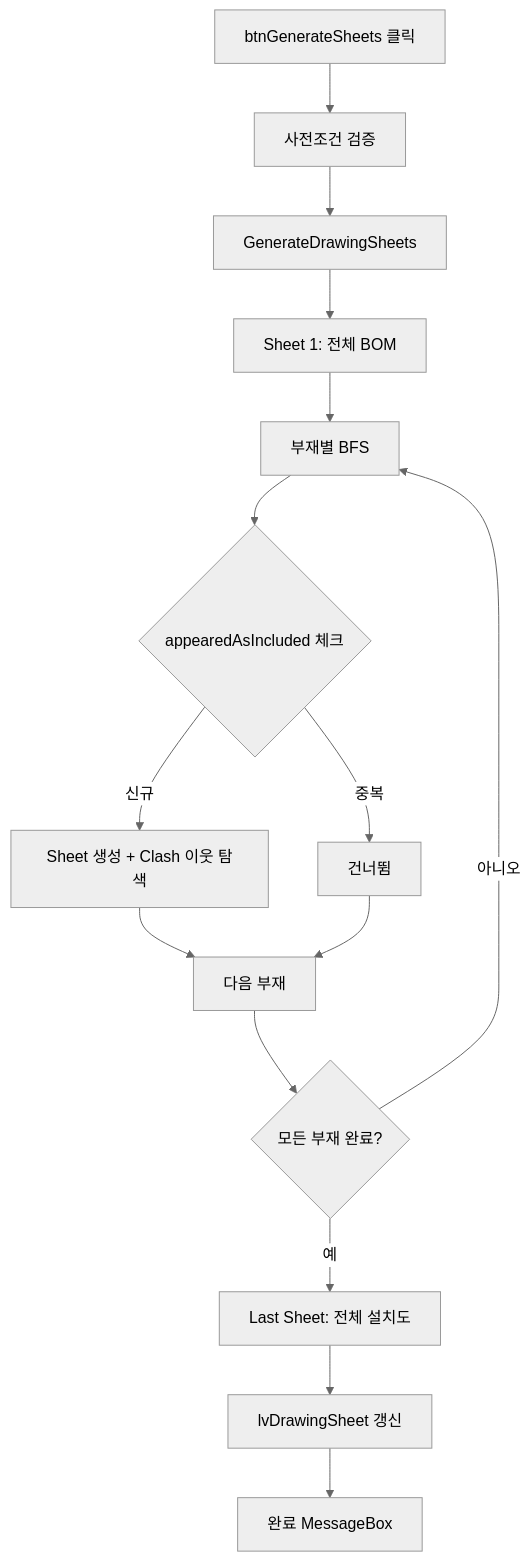
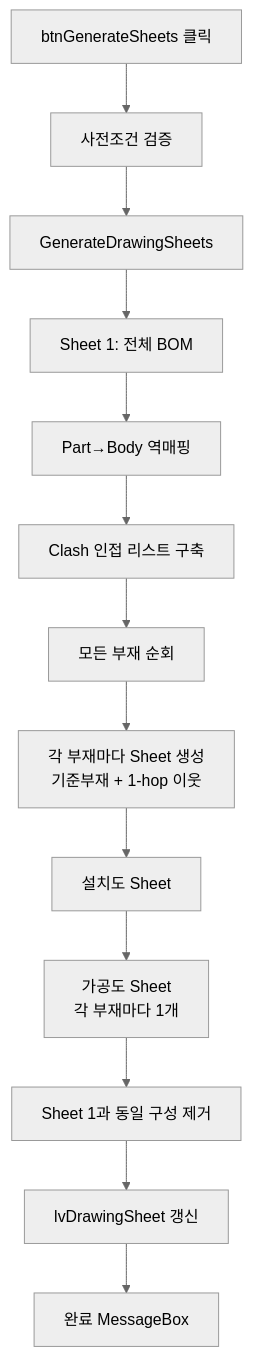
The diagram in docs/features/drawing-sheets/generate-sheets.md (uuuuj/a2z), drawn with Mermaid (neutral theme) before and after one commit. The commit also changed other lines of this file and 3 other files, not shown here.

First line of the commit message:
feat: T-015 Sheet 생성 로직 재설계 — 모든 부재가 기준부재

````diff
--- a/docs/features/drawing-sheets/generate-sheets.md
+++ b/docs/features/drawing-sheets/generate-sheets.md
@@ -30,17 +30,15 @@
 ```mermaid
 flowchart TD
     A[btnGenerateSheets 클릭] --> B[사전조건 검증]
     B --> C[GenerateDrawingSheets]
     C --> D[Sheet 1: 전체 BOM]
-    D --> E[부재별 BFS]
-    E --> F{appearedAsIncluded 체크}
-    F -- 신규 --> G[Sheet 생성 + Clash 이웃 탐색]
-    F -- 중복 --> H[건너뜀]
-    G --> I[다음 부재]
-    H --> I
-    I --> J{모든 부재 완료?}
-    J -- 아니오 --> E
-    J -- 예 --> K[Last Sheet: 전체 설치도]
+    D --> E[Part→Body 역매핑]
+    E --> F[Clash 인접 리스트 구축]
+    F --> G[모든 부재 순회]
+    G --> H[각 부재마다 Sheet 생성<br/>기준부재 + 1-hop 이웃]
+    H --> I[설치도 Sheet]
+    I --> J[가공도 Sheet<br/>각 부재마다 1개]
+    J --> K[Sheet 1과 동일 구성 제거]
     K --> L[lvDrawingSheet 갱신]
     L --> M[완료 MessageBox]
 ```
````
